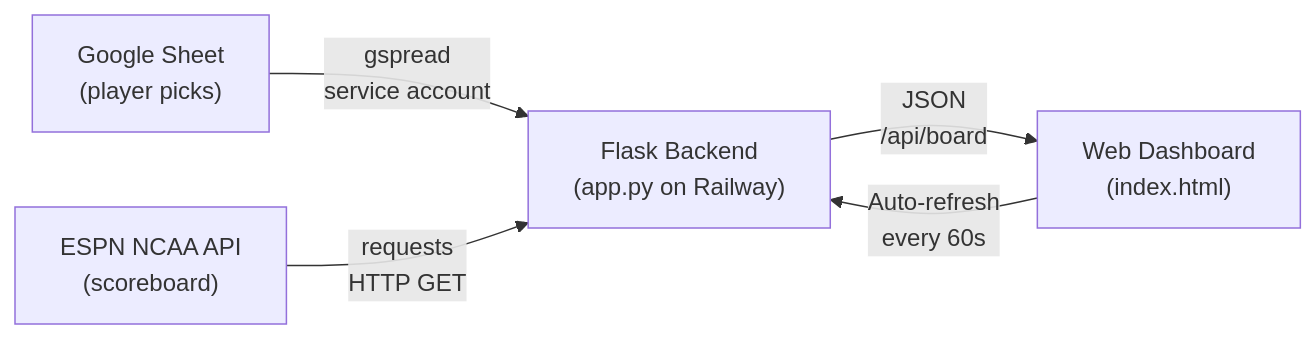
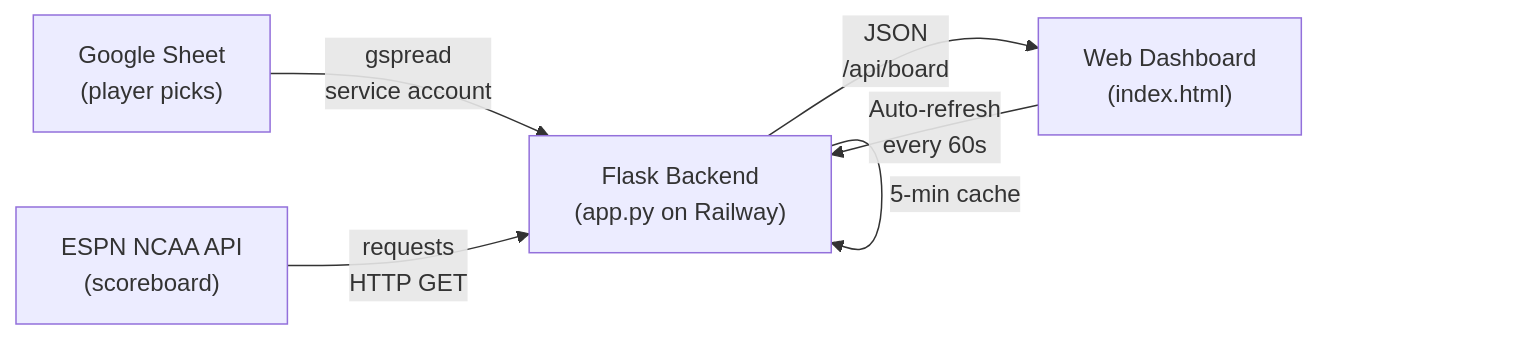
One commit to bcdray/ncaa-pick8 changed the first of 2 diagrams in PRD.md. Above: the diagram before and after it, drawn with Mermaid. The commit also changed other lines of this file, not shown here.

````diff
--- a/PRD.md
+++ b/PRD.md
@@ -67,7 +86,8 @@
 ```mermaid
 graph LR
     A["Google Sheet\n(player picks)"] -->|"gspread\nservice account"| B["Flask Backend\n(app.py on Railway)"]
     C["ESPN NCAA API\n(scoreboard)"] -->|"requests\nHTTP GET"| B
+    B -->|"5-min cache"| B
     B -->|"JSON\n/api/board"| D["Web Dashboard\n(index.html)"]
     D -->|"Auto-refresh\nevery 60s"| B
 ```
````
